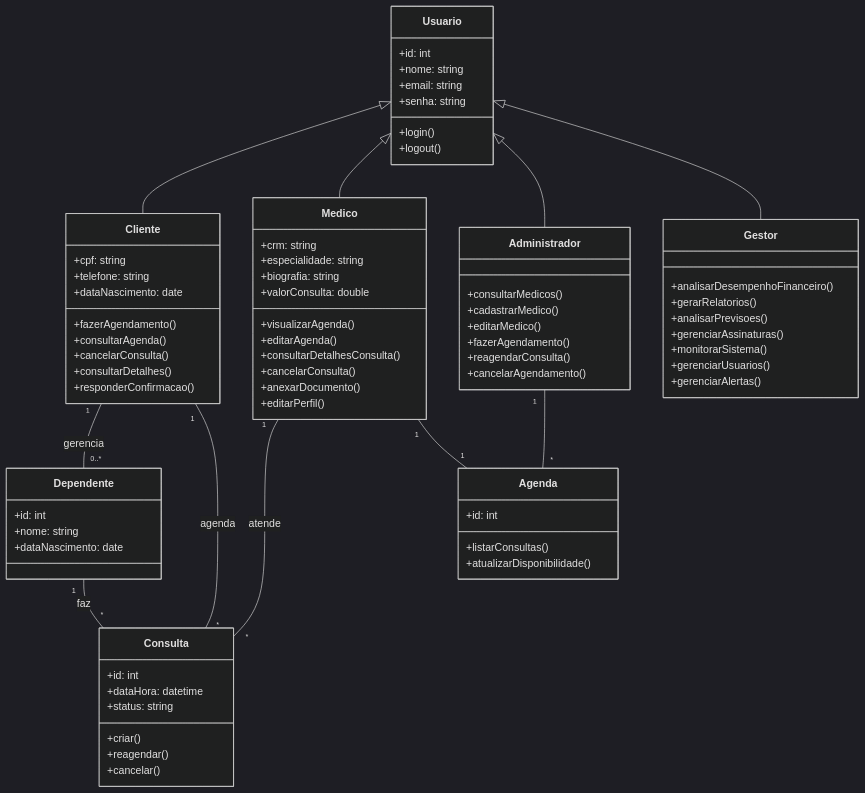
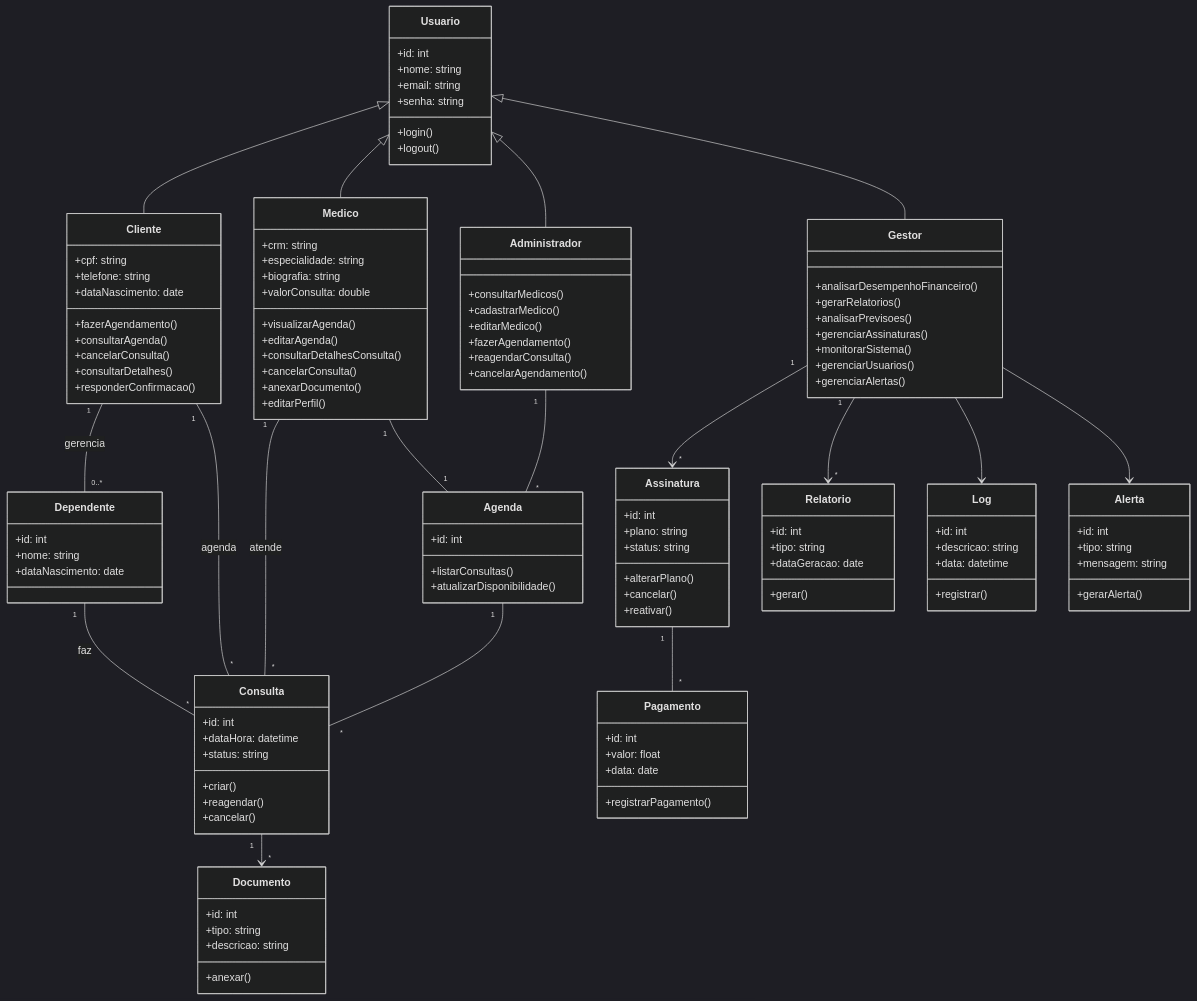
One commit to InsaneCaio/eng-soft-2026-1 changed the second of 2 diagrams in README.md. Above: the diagram before and after it, drawn with Mermaid (dark theme).

Commit message:
Update README with class diagrams and relationships
Added class diagrams for various entities including Usuario, Consulta, Documento, Assinatura, Pagamento, Relatorio, Log, and Alerta.

````diff
--- a/README.md
+++ b/README.md
@@ -133,5 +133,9 @@
 ```mermaid
 classDiagram
+
+%% =======================
+%% USUÁRIOS (HERANÇA)
+%% =======================
 
 class Usuario {
     +id: int
@@ -196,7 +200,15 @@
 Usuario <|-- Administrador
 Usuario <|-- Gestor
 
+%% =======================
+%% RELAÇÃO PACIENTE - DEPENDENTE
+%% =======================
+
 Cliente "1" -- "0..*" Dependente : gerencia
+
+%% =======================
+%% AGENDAMENTO
+%% =======================
 
 class Consulta {
     +id: int
@@ -219,4 +231,76 @@
 
 Medico "1" -- "1" Agenda
 Administrador "1" -- "*" Agenda
+Agenda "1" -- "*" Consulta
+
+%% =======================
+%% DOCUMENTOS MÉDICOS
+%% =======================
+
+class Documento {
+    +id: int
+    +tipo: string
+    +descricao: string
+    +anexar()
+}
+
+Consulta "1" --> "*" Documento
+
+%% =======================
+%% ASSINATURA / FINANCEIRO
+%% =======================
+
+class Assinatura {
+    +id: int
+    +plano: string
+    +status: string
+    +alterarPlano()
+    +cancelar()
+    +reativar()
+}
+
+class Pagamento {
+    +id: int
+    +valor: float
+    +data: date
+    +registrarPagamento()
+}
+
+Assinatura "1" -- "*" Pagamento
+Gestor "1" --> "*" Assinatura
+
+%% =======================
+%% RELATÓRIOS
+%% =======================
+
+class Relatorio {
+    +id: int
+    +tipo: string
+    +dataGeracao: date
+    +gerar()
+}
+
+Gestor "1" --> "*" Relatorio
+
+%% =======================
+%% SISTEMA / MONITORAMENTO
+%% =======================
+
+class Log {
+    +id: int
+    +descricao: string
+    +data: datetime
+    +registrar()
+}
+
+class Alerta {
+    +id: int
+    +tipo: string
+    +mensagem: string
+    +gerarAlerta()
+}
+
+Gestor --> Log
+Gestor --> Alerta
+
 ```
````
